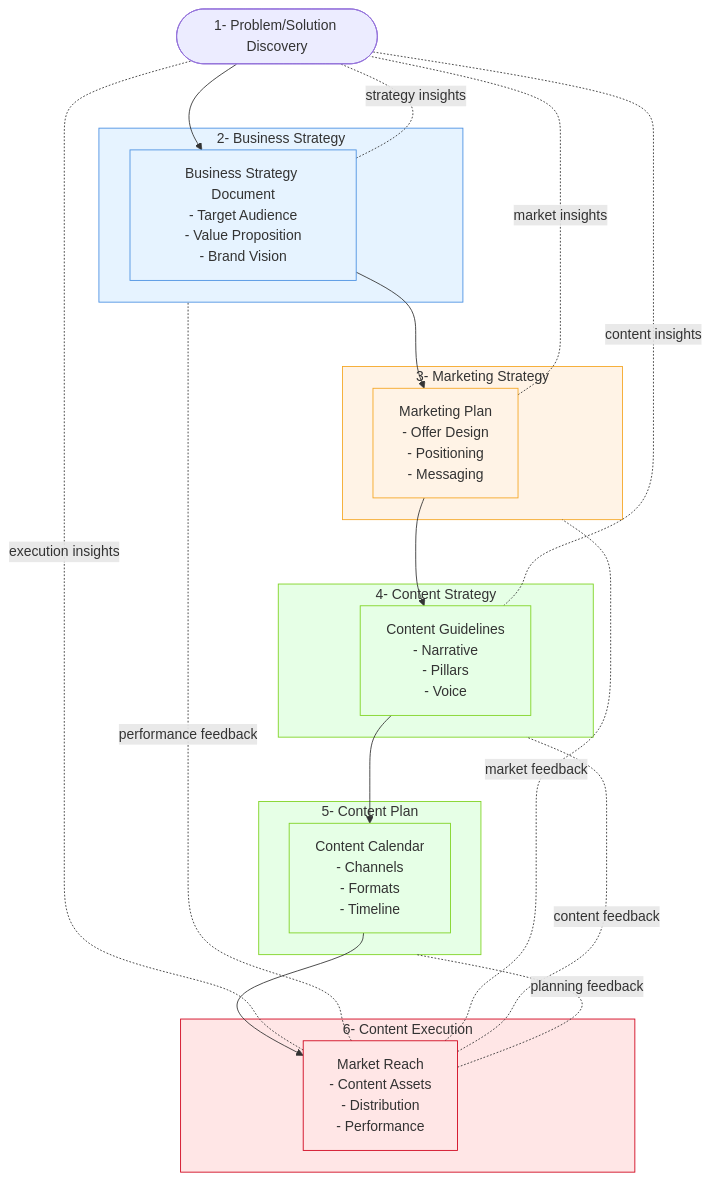
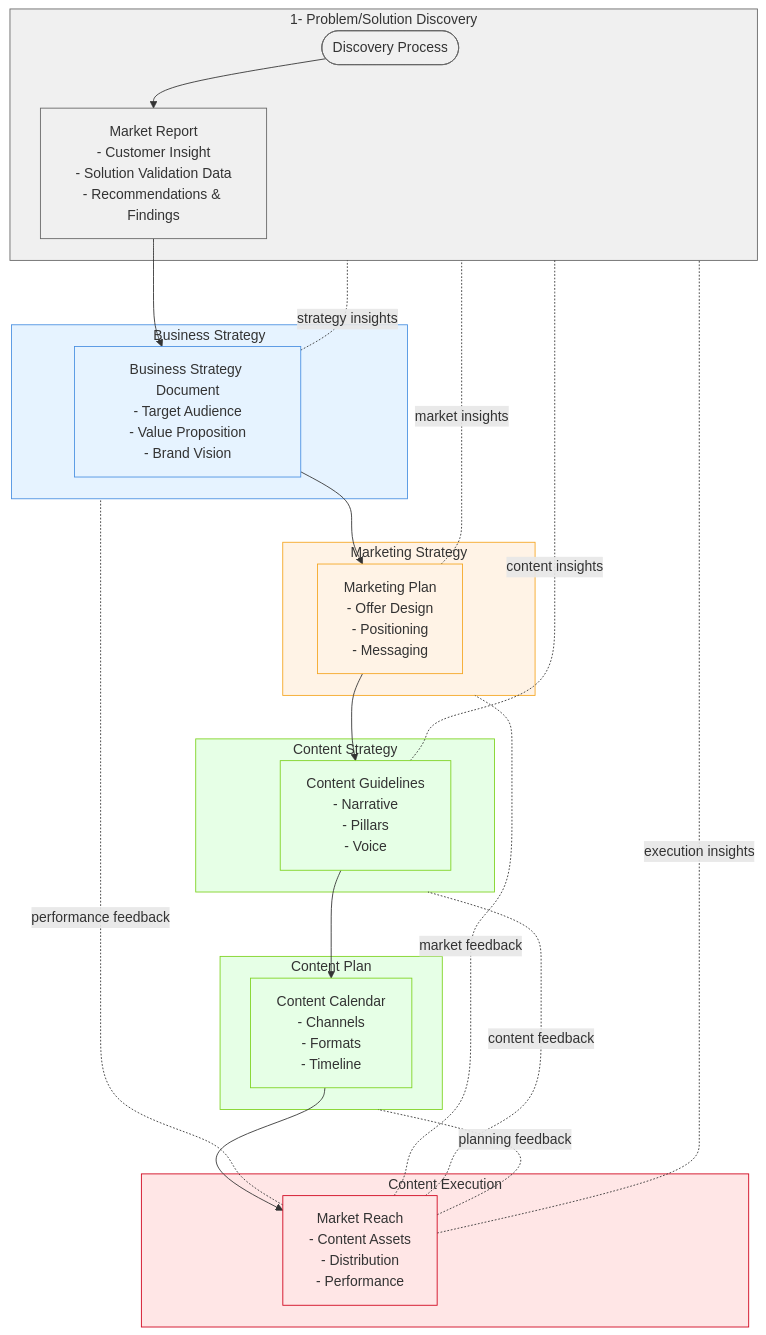
One commit to vantt/crewai-content-stragtegy changed the diagram in doc/framework/Highlevel Framework.md. Above: the diagram before and after it, drawn with Mermaid.

Commit message:
update documents

````diff
--- a/doc/framework/Highlevel Framework.md
+++ b/doc/framework/Highlevel Framework.md
@@ -1,53 +1,59 @@
 ```mermaid
 graph TB
-    Start([Problem/Solution Discovery])
+    subgraph PSD["1- Problem/Solution Discovery"]
+        Start([Discovery Process])
+        MIR[Market Report<br/>- Customer Insight<br/>- Solution Validation Data<br/>- Recommendations & Findings]        
+        Start --> MIR
+    end
     
-    subgraph BS["2- Business Strategy"]
+    subgraph BS["Business Strategy"]
         BSS[Business Strategy Document<br/>- Target Audience<br/>- Value Proposition<br/>- Brand Vision]
     end
     
-    subgraph MS["3- Marketing Strategy"]
+    subgraph MS["Marketing Strategy"]
         MSF[Marketing Plan<br/>- Offer Design<br/>- Positioning<br/>- Messaging]
     end
     
-    subgraph CS["4- Content Strategy"]
+    subgraph CS["Content Strategy"]
         CSF[Content Guidelines<br/>- Narrative<br/>- Pillars<br/>- Voice]
     end
     
-    subgraph CPL["5- Content Plan"]
+    subgraph CPL["Content Plan"]
         CPF[Content Calendar<br/>- Channels<br/>- Formats<br/>- Timeline]
     end
     
-    subgraph EX["6- Content Execution"]
+    subgraph EX["Content Execution"]
         TM[Market Reach<br/>- Content Assets<br/>- Distribution<br/>- Performance]
     end
     
-    Start --> BSS
+    MIR --> BSS
     BSS --> MSF
     MSF --> CSF
     CSF --> CPF
     CPF --> TM
     
     %% Feedback Loops
     TM -.-|"performance feedback"| BS
     TM -.-|"market feedback"| MS
     TM -.-|"content feedback"| CS
     TM -.-|"planning feedback"| CPL
     
     %% Strategic Feedback to Discovery
-    BSS -.-|"strategy insights"| Start
-    MSF -.-|"market insights"| Start
-    CSF -.-|"content insights"| Start
-    TM -.-|"execution insights"| Start(["1- Problem/Solution Discovery"])
+    BSS -.-|"strategy insights"| PSD
+    MSF -.-|"market insights"| PSD
+    CSF -.-|"content insights"| PSD
+    TM -.-|"execution insights"| PSD
     
     classDef strategy fill:#e6f3ff,stroke:#4a90e2
     classDef marketing fill:#fff3e6,stroke:#f5a623
     classDef content fill:#e6ffe6,stroke:#7ed321
     classDef execution fill:#ffe6e6,stroke:#d0021b
+    classDef discovery fill:#f0f0f0,stroke:#666666
     
     class BS,BSS strategy
     class MS,MSF marketing
     class CS,CSF content
     class CPL,CPF content
     class EX,TM execution
+    class PSD,Start,DD,MIR,CID,SVD,RF discovery
 ```
````
